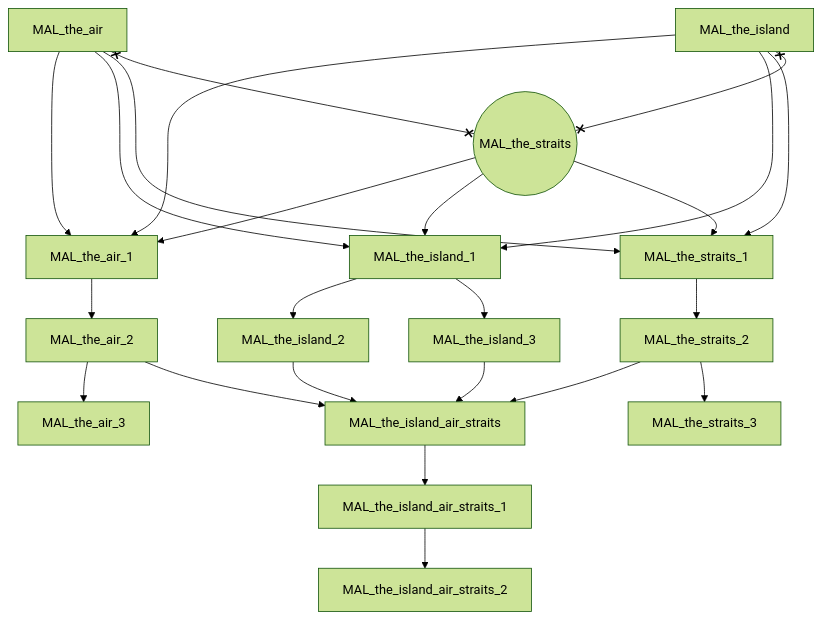
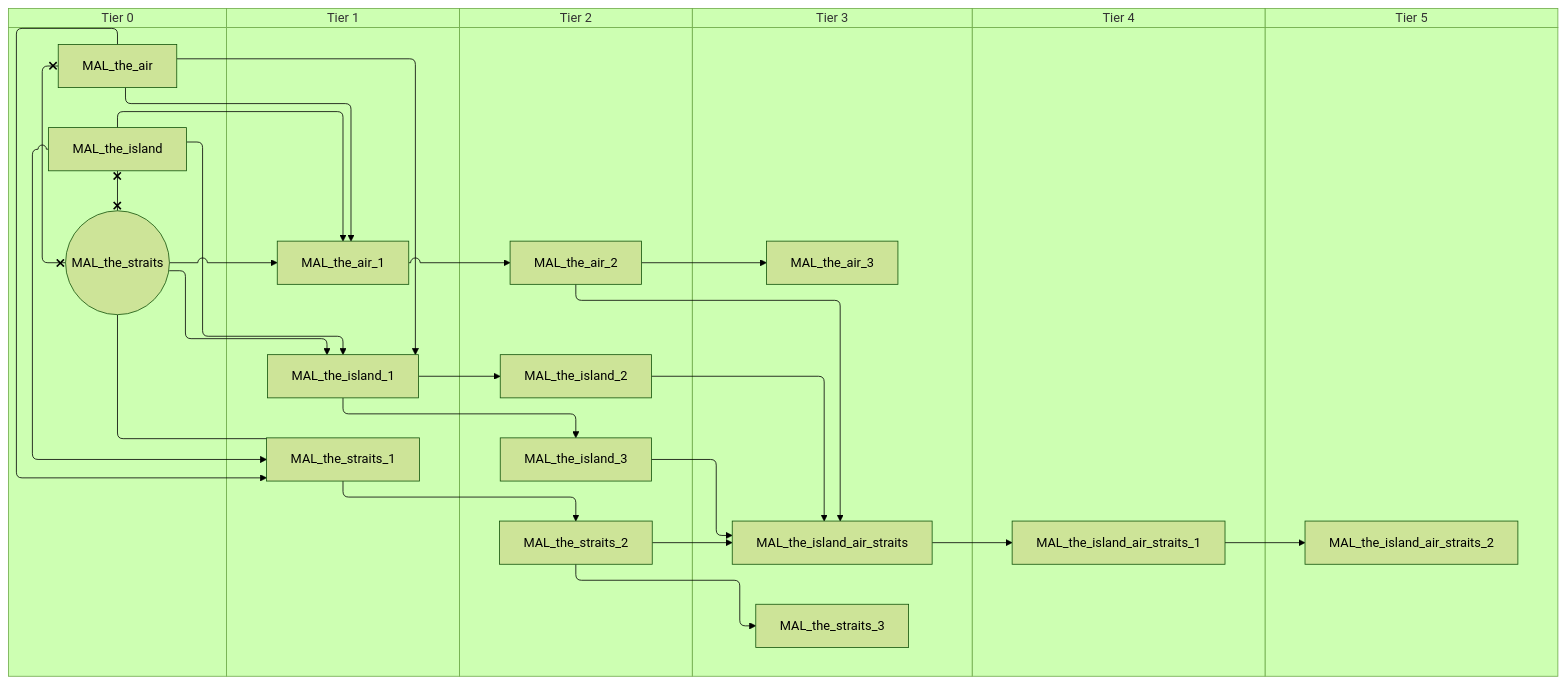
Before and after one commit to evgeny-sobol/hoi4-sandbox-mode-r56: the sixth of 7 diagrams in docs/gdd/National Focuses/r56/malaysia.md, drawn with Mermaid (forest theme). The commit also changed other lines of this file and 423 other files, not shown here.

First line of the commit message:
Re-export Rt56 focus trees as swimlane diagrams

````diff
--- a/docs/gdd/National Focuses/r56/malaysia.md
+++ b/docs/gdd/National Focuses/r56/malaysia.md
@@ -249,41 +303,53 @@
 ```mermaid
-flowchart TD
-    n60["MAL_the_air"]
-    n61["MAL_the_air_1"]
-    n62["MAL_the_air_2"]
-    n63["MAL_the_air_3"]
-    n64["MAL_the_island"]
-    n65["MAL_the_island_1"]
-    n66["MAL_the_island_2"]
-    n67["MAL_the_island_3"]
-    n68["MAL_the_island_air_straits"]
-    n69["MAL_the_island_air_straits_1"]
-    n70["MAL_the_island_air_straits_2"]
-    n71(("MAL_the_straits"))
-    n72["MAL_the_straits_1"]
-    n73["MAL_the_straits_2"]
-    n74["MAL_the_straits_3"]
-    n60 --> n61
-    n64 --> n61
-    n71 --> n61
-    n61 --> n62
+swimlane-beta TD
+    subgraph tier_0["Tier 0"]
+        n60["MAL_the_air"]
+        n61["MAL_the_island"]
+        n62(("MAL_the_straits"))
+    end
+    subgraph tier_1["Tier 1"]
+        n63["MAL_the_air_1"]
+        n64["MAL_the_island_1"]
+        n65["MAL_the_straits_1"]
+    end
+    subgraph tier_2["Tier 2"]
+        n66["MAL_the_air_2"]
+        n67["MAL_the_island_2"]
+        n68["MAL_the_island_3"]
+        n69["MAL_the_straits_2"]
+    end
+    subgraph tier_3["Tier 3"]
+        n70["MAL_the_air_3"]
+        n71["MAL_the_island_air_straits"]
+        n72["MAL_the_straits_3"]
+    end
+    subgraph tier_4["Tier 4"]
+        n73["MAL_the_island_air_straits_1"]
+    end
+    subgraph tier_5["Tier 5"]
+        n74["MAL_the_island_air_straits_2"]
+    end
+    n60 --> n63
+    n61 --> n63
     n62 --> n63
-    n64 --> n65
+    n63 --> n66
+    n66 --> n70
+    n61 --> n64
+    n60 --> n64
+    n62 --> n64
+    n64 --> n67
+    n64 --> n68
+    n68 --> n71
+    n67 --> n71
+    n66 --> n71
+    n69 --> n71
+    n71 --> n73
+    n73 --> n74
+    n61 --> n65
     n60 --> n65
-    n71 --> n65
-    n65 --> n66
-    n65 --> n67
-    n67 --> n68
-    n66 --> n68
-    n62 --> n68
-    n73 --> n68
-    n68 --> n69
-    n69 --> n70
-    n64 --> n72
-    n60 --> n72
-    n71 --> n72
-    n72 --> n73
-    n73 --> n74
-    n60 x--x n71
-    n64 x--x n71
+    n62 --> n65
+    n65 --> n69
+    n69 --> n72
+    n60 x--x n62
+    n61 x--x n62
 ```
````
